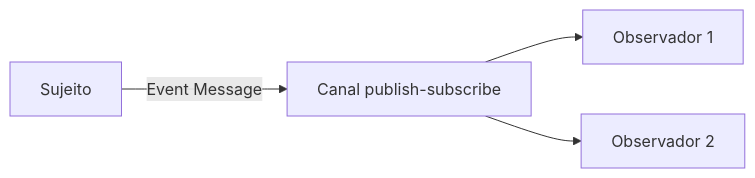
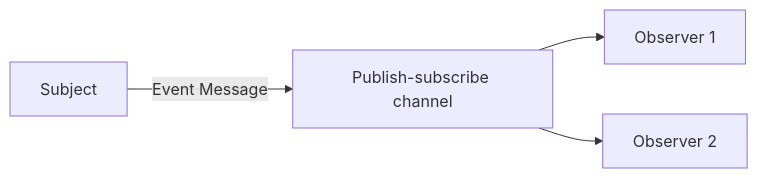
Before and after one commit to alancesar/design-patterns: the diagram in docs/architecture/eip/message-construction/event-message.md, drawn with Mermaid. The commit also changed 258 other files, not shown here.

First line of the commit message:
Translate Mermaid diagrams to English

````diff
--- a/docs/architecture/eip/message-construction/event-message.md
+++ b/docs/architecture/eip/message-construction/event-message.md
@@ -51,6 +51,6 @@
 ```mermaid
 flowchart LR
-    S["Sujeito"] -->|"Event Message"| C["Canal publish-subscribe"]
-    C --> O1["Observador 1"]
-    C --> O2["Observador 2"]
+    S["Subject"] -->|"Event Message"| C["Publish-subscribe channel"]
+    C --> O1["Observer 1"]
+    C --> O2["Observer 2"]
 ```
````
